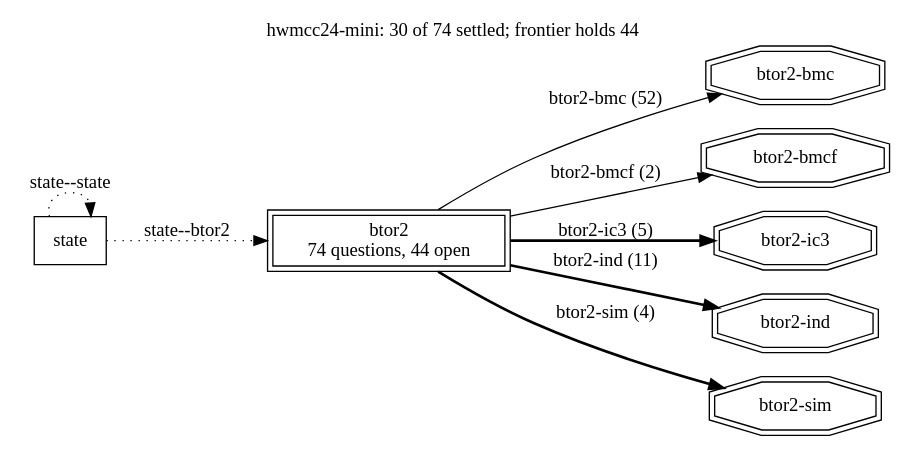
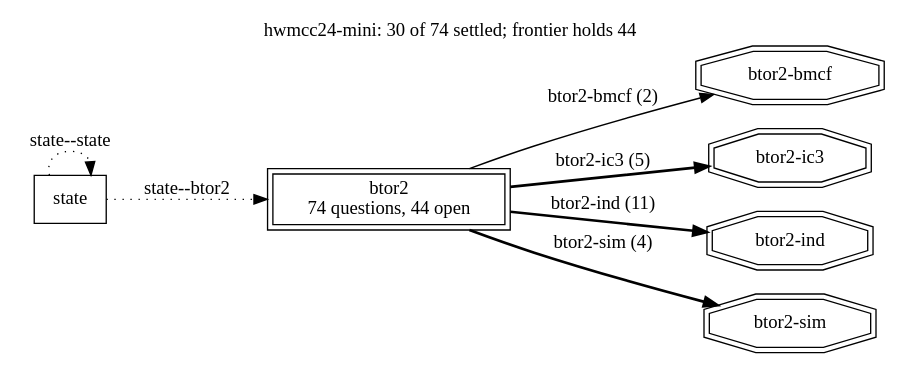
Before and after one commit to cksystemsgroup/hurdy-gurdy: the diagram in runs/hwmcc24-mini/frontier.dot, drawn with Graphviz. The commit also changed 49 other files, not shown here.

Commit message:
The second pruning: btor2-bmc retires — the mirror carries the family, every banked bound stands

```diff
--- a/runs/hwmcc24-mini/frontier.dot
+++ b/runs/hwmcc24-mini/frontier.dot
@@ -1,19 +1,17 @@
 digraph "hwmcc24-mini" {
   rankdir=LR; labelloc=t;
   label="hwmcc24-mini: 30 of 74 settled; frontier holds 44";
   node [shape=box];
   "btor2" [peripheries=2, label="btor2\n74 questions, 44 open"];
   "state";
   "state" -> "btor2" [style=dotted, label="state--btor2"];
   "state" -> "state" [style=dotted, label="state--state"];
-  "terminal:btor2-bmc" [shape=doubleoctagon, label="btor2-bmc"];
-  "btor2" -> "terminal:btor2-bmc" [style=solid, label="btor2-bmc (52)"];
   "terminal:btor2-bmcf" [shape=doubleoctagon, label="btor2-bmcf"];
   "btor2" -> "terminal:btor2-bmcf" [style=solid, label="btor2-bmcf (2)"];
   "terminal:btor2-ic3" [shape=doubleoctagon, label="btor2-ic3"];
   "btor2" -> "terminal:btor2-ic3" [style=bold, label="btor2-ic3 (5)"];
   "terminal:btor2-ind" [shape=doubleoctagon, label="btor2-ind"];
   "btor2" -> "terminal:btor2-ind" [style=bold, label="btor2-ind (11)"];
   "terminal:btor2-sim" [shape=doubleoctagon, label="btor2-sim"];
   "btor2" -> "terminal:btor2-sim" [style=bold, label="btor2-sim (4)"];
 }
```
